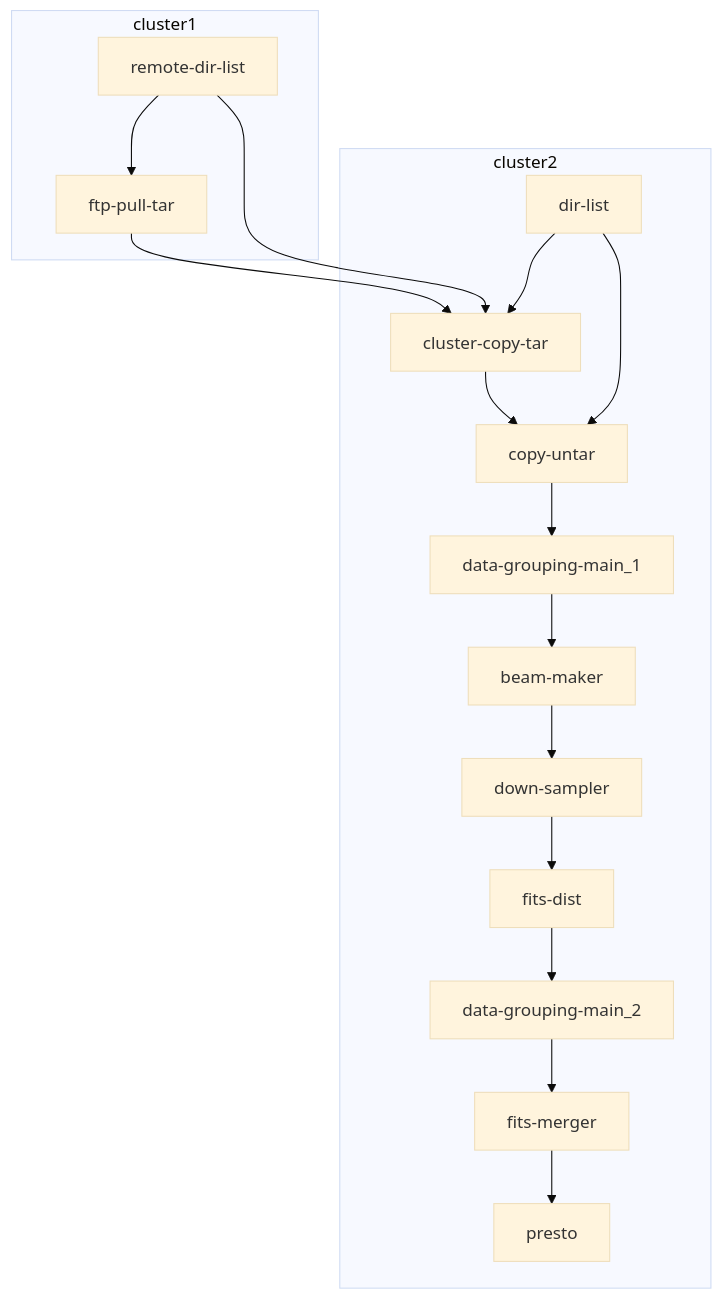
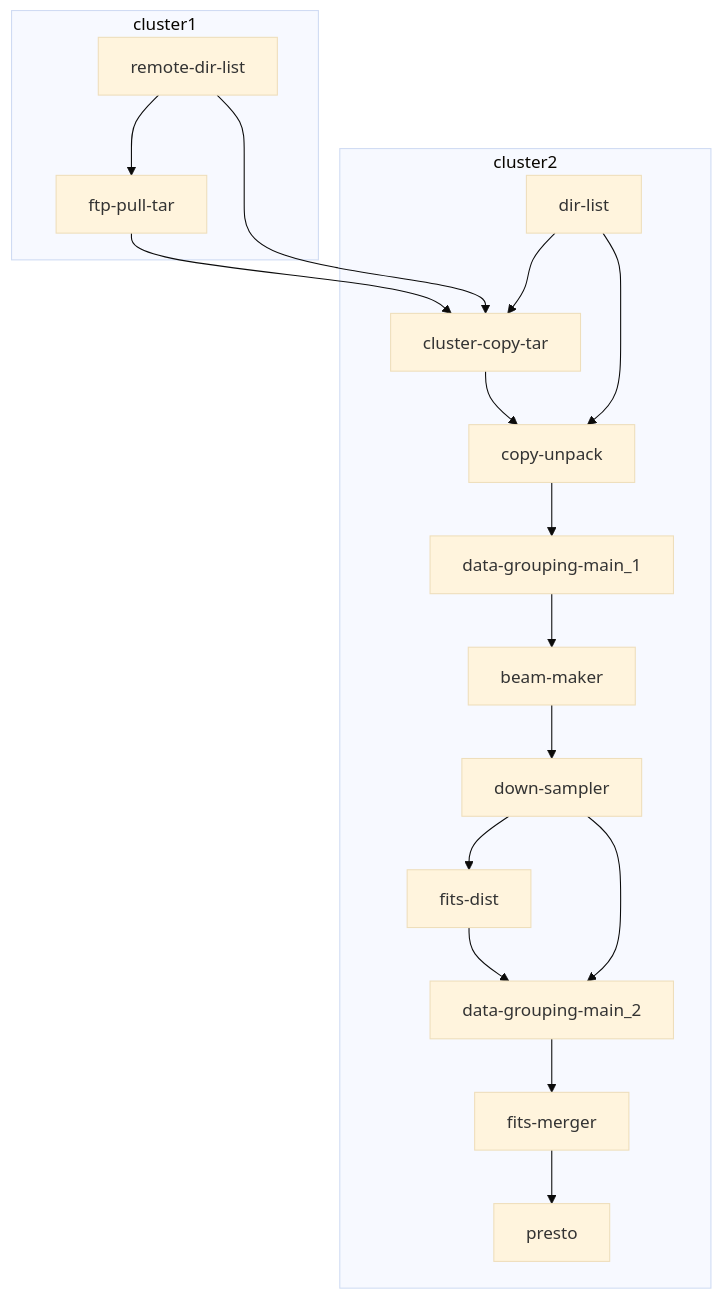
Before and after one commit to kaichao/app-mwa: the fourth of 4 diagrams in README.md, drawn with Mermaid (base theme). The commit also changed other lines of this file and 16 other files, not shown here.

Commit message:
add dcu-local-mode, and rename untar to unpack.

````diff
--- a/README.md
+++ b/README.md
@@ -164,34 +164,35 @@
 ```mermaid
 
 flowchart TD
   remote-dir-list --> ftp-pull-tar
   remote-dir-list --> cluster-copy-tar
   ftp-pull-tar --> cluster-copy-tar
   dir-list --> cluster-copy-tar
-  dir-list --> copy-untar
-  cluster-copy-tar --> copy-untar
-  copy-untar --> data-grouping-main_1
+  dir-list --> copy-unpack
+  cluster-copy-tar --> copy-unpack
+  copy-unpack --> data-grouping-main_1
   data-grouping-main_1 --> beam-maker
   beam-maker --> down-sampler
   down-sampler --> fits-dist
+  down-sampler --> data-grouping-main_2
   fits-dist --> data-grouping-main_2
   data-grouping-main_2 --> fits-merger
   fits-merger --> presto
   subgraph cluster2
     dir-list
     cluster-copy-tar
-    copy-untar
+    copy-unpack
     beam-maker
     down-sampler
     fits-dist
     data-grouping-main_1
     data-grouping-main_2
     fits-merger
     presto
   end
   subgraph cluster1
     remote-dir-list
     ftp-pull-tar
   end
   
 ```
````
